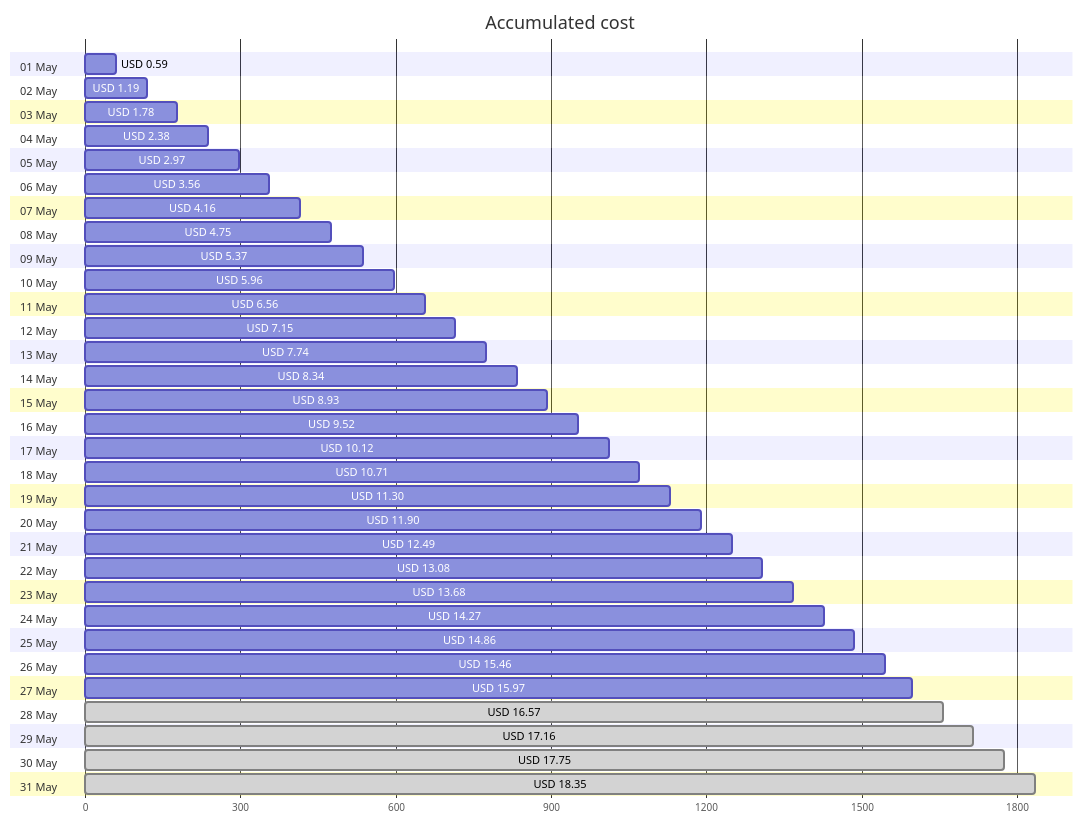
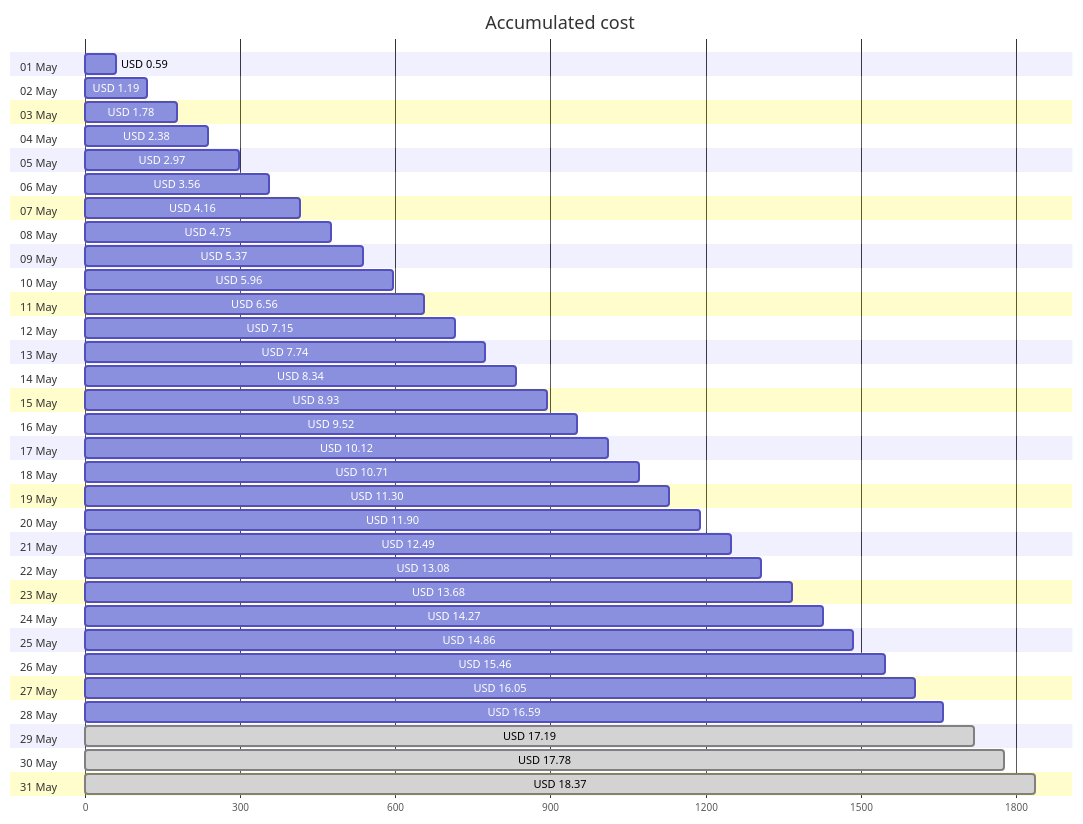
The first of 4 diagrams in cost-reports/personal-site/README.md (jpfulton/azure-personal-reports), drawn with Mermaid before and after one commit. The commit also changed other lines of this file and 6 other files, not shown here.

````diff
--- a/cost-reports/personal-site/README.md
+++ b/cost-reports/personal-site/README.md
@@ -20,68 +20,68 @@
 ```mermaid
 gantt
    title Accumulated cost
    dateFormat  X
    axisFormat %s
    section 01 May
    USD 0.59 :0, 59
    section 02 May
    USD 1.19 :0, 119
    section 03 May
    USD 1.78 :0, 178
    section 04 May
    USD 2.38 :0, 238
    section 05 May
    USD 2.97 :0, 297
    section 06 May
    USD 3.56 :0, 356
    section 07 May
    USD 4.16 :0, 416
    section 08 May
    USD 4.75 :0, 475
    section 09 May
    USD 5.37 :0, 537
    section 10 May
    USD 5.96 :0, 596
    section 11 May
    USD 6.56 :0, 656
    section 12 May
    USD 7.15 :0, 715
    section 13 May
    USD 7.74 :0, 774
    section 14 May
    USD 8.34 :0, 834
    section 15 May
    USD 8.93 :0, 893
    section 16 May
    USD 9.52 :0, 952
    section 17 May
    USD 10.12 :0, 1012
    section 18 May
    USD 10.71 :0, 1071
    section 19 May
    USD 11.30 :0, 1130
    section 20 May
    USD 11.90 :0, 1190
    section 21 May
    USD 12.49 :0, 1249
    section 22 May
    USD 13.08 :0, 1308
    section 23 May
    USD 13.68 :0, 1368
    section 24 May
    USD 14.27 :0, 1427
    section 25 May
    USD 14.86 :0, 1486
    section 26 May
    USD 15.46 :0, 1546
    section 27 May
-   USD 15.97 :0, 1597
+   USD 16.05 :0, 1605
    section 28 May
-   USD 16.57 : done, 0, 1657
+   USD 16.59 :0, 1659
    section 29 May
-   USD 17.16 : done, 0, 1716
+   USD 17.19 : done, 0, 1719
    section 30 May
-   USD 17.75 : done, 0, 1775
+   USD 17.78 : done, 0, 1778
    section 31 May
-   USD 18.35 : done, 0, 1835
+   USD 18.37 : done, 0, 1837
 ```
````
